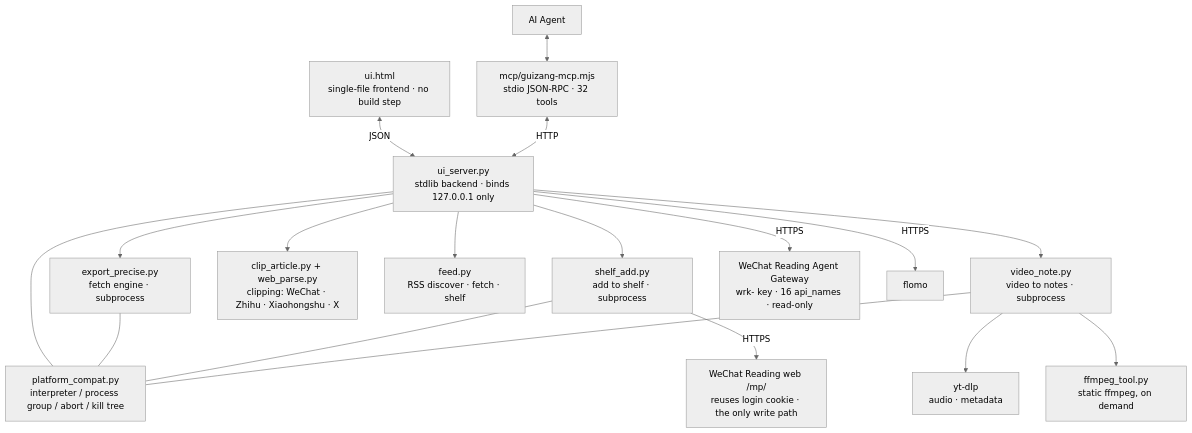
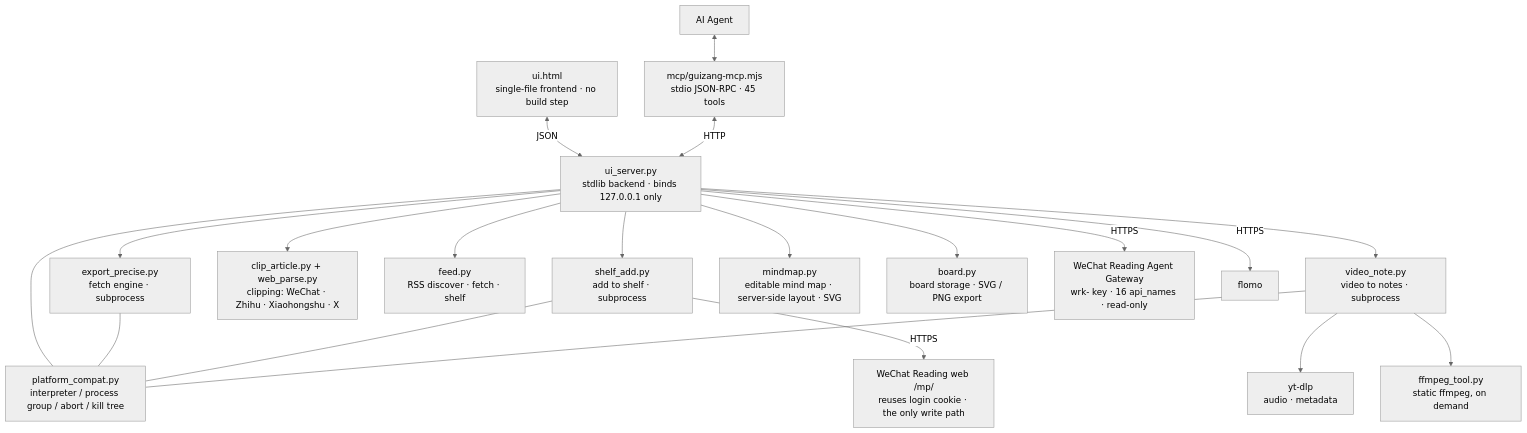
One commit to KEQingFeng/weread-guizang changed the second of 2 diagrams in README.en.md. Above: the diagram before and after it, drawn with Mermaid (neutral theme). The commit also changed other lines of this file and 33 other files, not shown here.

First line of the commit message:
归藏 0.9.9 补（第二十九轮）：可编辑脑图 + 画板涂鸦，视频与订阅做成工具

````diff
--- a/README.en.md
+++ b/README.en.md
@@ -272,36 +281,40 @@
 ```mermaid
 flowchart TB
   UI[ui.html<br/>single-file frontend · no build step]
   S[ui_server.py<br/>stdlib backend · binds 127.0.0.1 only]
   E[export_precise.py<br/>fetch engine · subprocess]
   SA[shelf_add.py<br/>add to shelf · subprocess]
   CL[clip_article.py + web_parse.py<br/>clipping: WeChat · Zhihu · Xiaohongshu · X]
   FS[feed.py<br/>RSS discover · fetch · shelf]
   VN[video_note.py<br/>video to notes · subprocess]
   FF[ffmpeg_tool.py<br/>static ffmpeg, on demand]
+  MM[mindmap.py<br/>editable mind map · server-side layout · SVG]
+  BD[board.py<br/>board storage · SVG / PNG export]
   YT[yt-dlp<br/>audio · metadata]
   WG[WeChat Reading Agent Gateway<br/>wrk- key · 16 api_names · read-only]
   WP[WeChat Reading web /mp/<br/>reuses login cookie · the only write path]
   FL[flomo]
   PC[platform_compat.py<br/>interpreter / process group / abort / kill tree]
-  M[mcp/guizang-mcp.mjs<br/>stdio JSON-RPC · 32 tools]
+  M[mcp/guizang-mcp.mjs<br/>stdio JSON-RPC · 45 tools]
   AG[AI Agent]
 
   UI <-->|JSON| S
   S --> E
   S --> SA
   S --> CL
   S --> FS
   S --> VN
+  S --> MM
+  S --> BD
   S -->|HTTPS| WG
   SA -->|HTTPS| WP
   S -->|HTTPS| FL
   S --- PC
   E --- PC
   SA --- PC
   VN --- PC
   VN --> YT
   VN --> FF
   M <-->|HTTP| S
   AG <--> M
 ```
````
